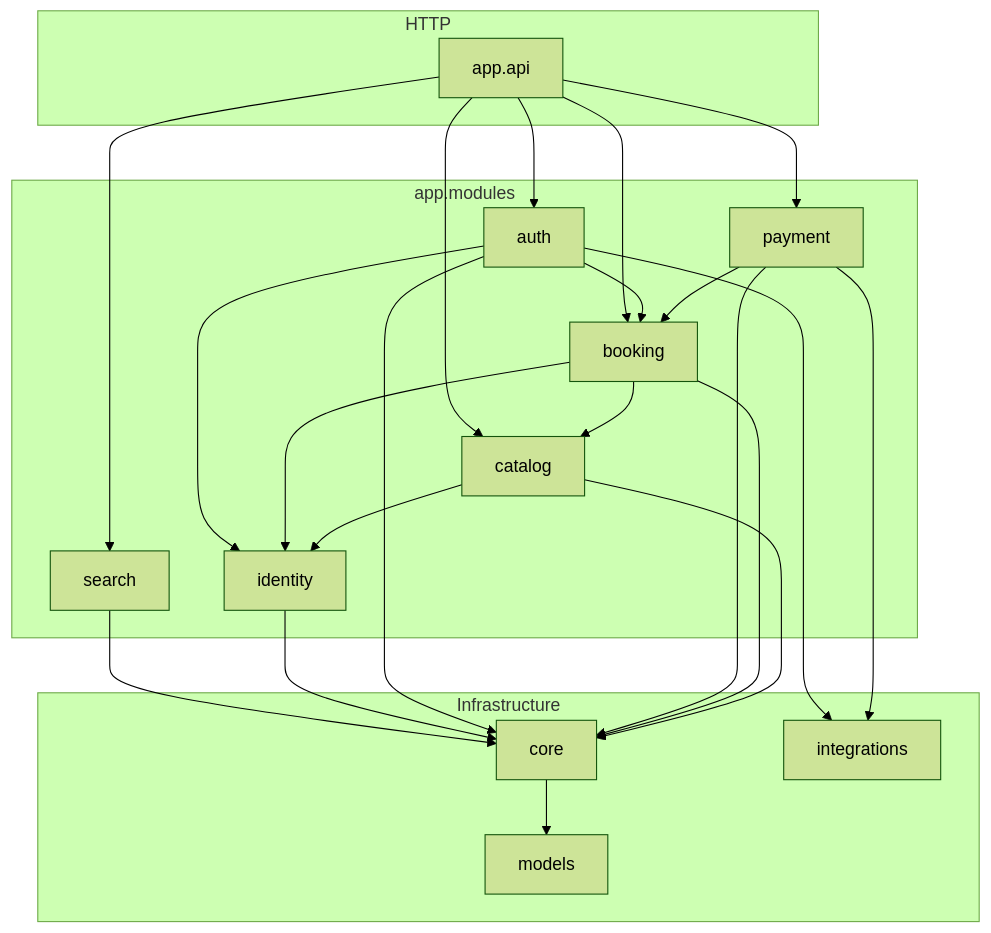
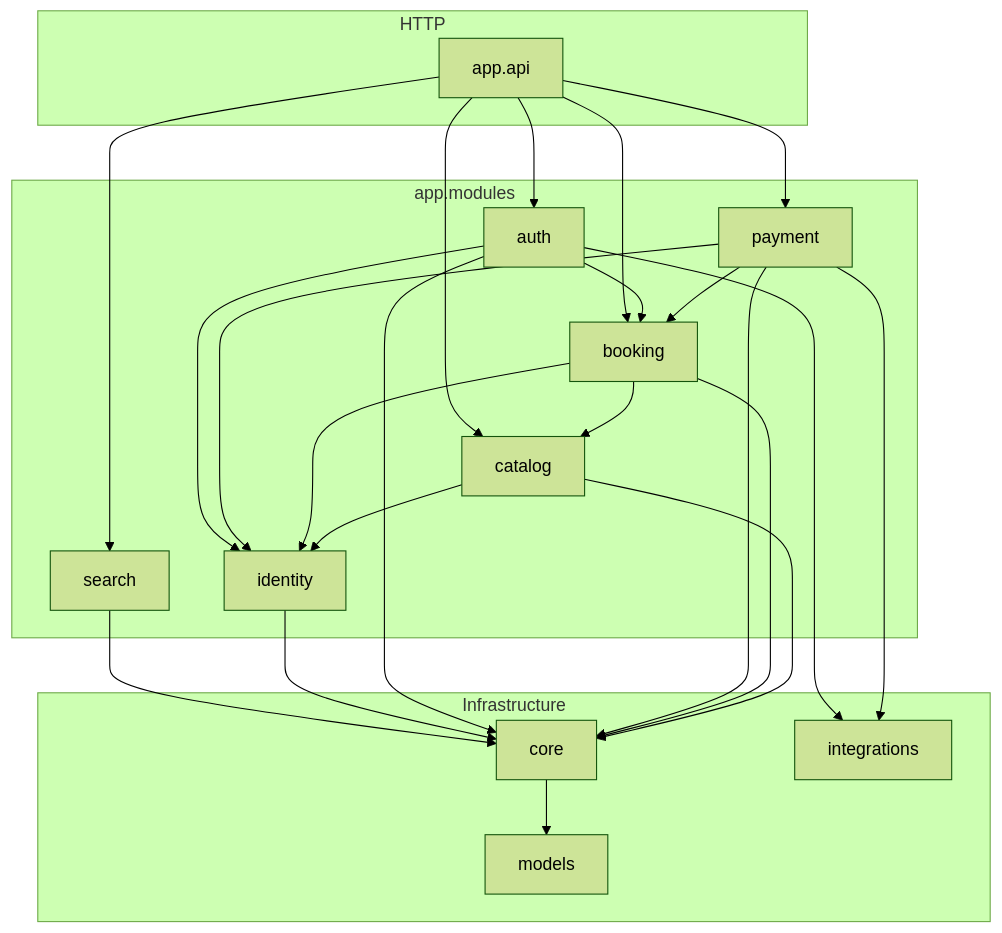
One commit to viktor-codes/zaframe changed the diagram in docs/ARCHITECTURE.md. Above: the diagram before and after it, drawn with Mermaid (forest theme). The commit also changed other lines of this file and 5 other files, not shown here.

Commit message:
docs: align README and retire stale architecture plan

````diff
--- a/docs/ARCHITECTURE.md
+++ b/docs/ARCHITECTURE.md
@@ -61,33 +66,33 @@
 ```mermaid
 flowchart TB
     subgraph top ["HTTP"]
         API["app.api"]
     end
 
     subgraph modules ["app.modules"]
         AUTH[auth]
         ID[identity]
         PAY[payment]
         BOOK[booking]
         CAT[catalog]
         SRCH[search]
     end
 
     subgraph infra ["Infrastructure"]
         CORE[core]
         MODELS[models]
         INT[integrations]
     end
 
     API --> AUTH & PAY & BOOK & CAT & SRCH
     AUTH --> BOOK & ID
-    PAY --> BOOK
+    PAY --> BOOK & ID
     BOOK --> CAT & ID
     CAT --> ID
     SRCH --> CORE
     ID --> CORE
     AUTH & PAY & BOOK & CAT --> CORE
     CORE --> MODELS
     AUTH --> INT
     PAY --> INT
 ```
````
